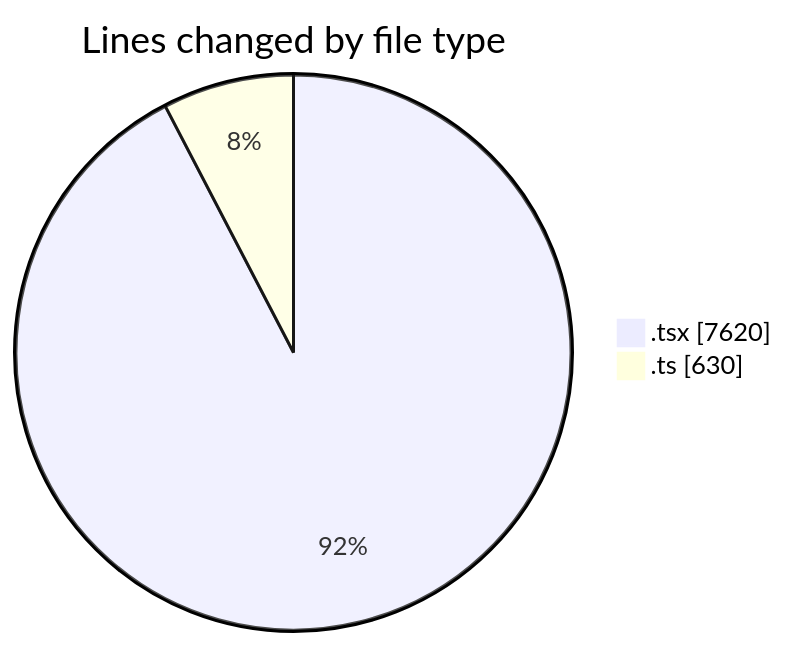
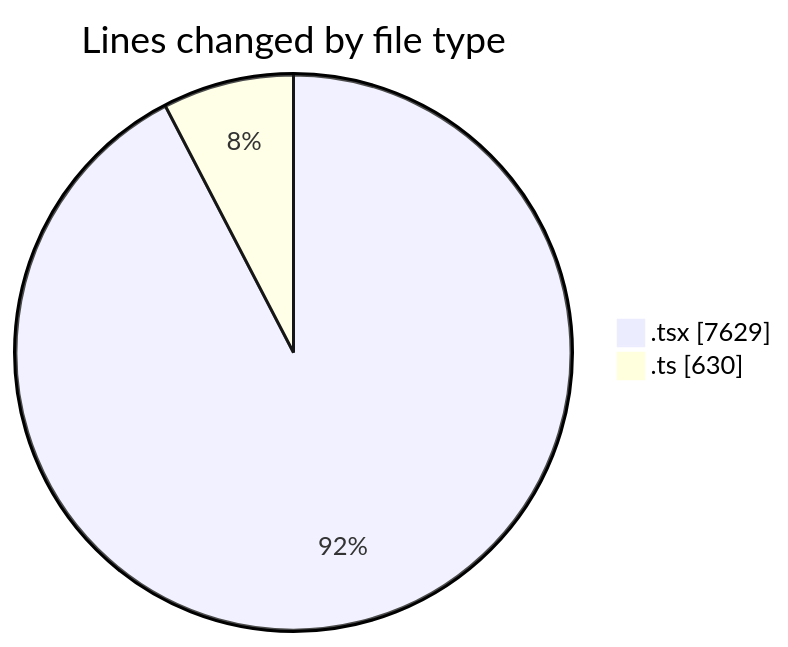
The first of 2 diagrams in 2026-08-24/nxtqube_webapp/README.md (nxtqubesakshisongat/code-tracking), drawn with Mermaid before and after one commit. The commit also changed other lines of this file and 1 other file, not shown here.

````diff
--- a/2026-08-24/nxtqube_webapp/README.md
+++ b/2026-08-24/nxtqube_webapp/README.md
@@ -34,6 +34,6 @@
 ```mermaid
 pie showData
 title Lines changed by file type
-".tsx" : 7620
+".tsx" : 7629
 ".ts" : 630
 ```
````
